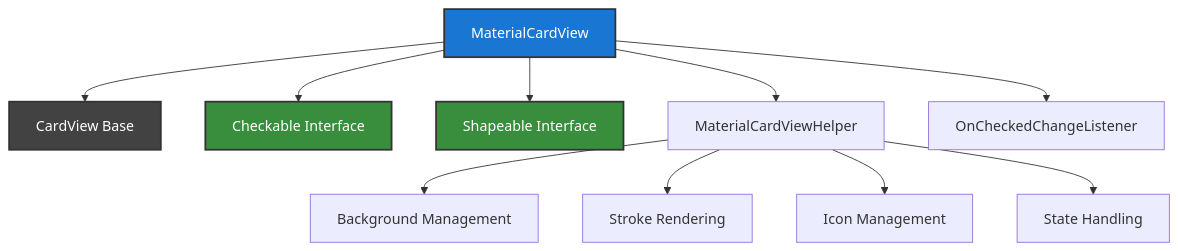
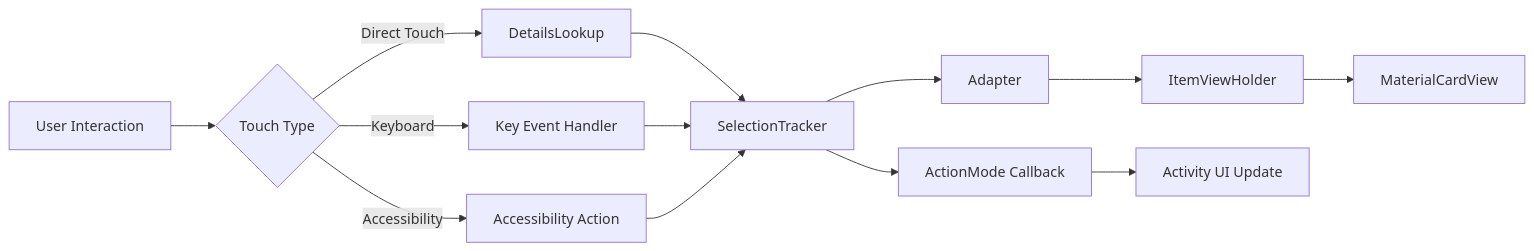
One commit to FSoft-AI4Code/codewiki-demo changed the third of 9 diagrams in docs/material-components--material-components-android-docs/card.md. Above: the diagram before and after it, drawn with Mermaid. The commit also changed other lines of this file and 1103 other files, not shown here.

````diff
--- a/docs/material-components--material-components-android-docs/card.md
+++ b/docs/material-components--material-components-android-docs/card.md
@@ -27,19 +124,18 @@
 ```mermaid
-graph TD
-    A[MaterialCardView] --> B[CardView Base]
-    A --> C[Checkable Interface]
-    A --> D[Shapeable Interface]
-    A --> E[MaterialCardViewHelper]
+graph LR
+    A[User Interaction] --> B{Touch Type}
+    B -->|Direct Touch| C[DetailsLookup]
+    B -->|Keyboard| D[Key Event Handler]
+    B -->|Accessibility| E[Accessibility Action]
     
-    E --> F[Background Management]
-    E --> G[Stroke Rendering]
-    E --> H[Icon Management]
-    E --> I[State Handling]
+    C --> F[SelectionTracker]
+    D --> F
+    E --> F
     
-    A --> J[OnCheckedChangeListener]
+    F --> G[Adapter]
+    G --> H[ItemViewHolder]
+    H --> I[MaterialCardView]
     
-    style A fill:#1976d2,stroke:#333,stroke-width:2px,color:#fff
-    style B fill:#424242,stroke:#333,stroke-width:2px,color:#fff
-    style C fill:#388e3c,stroke:#333,stroke-width:2px,color:#fff
-    style D fill:#388e3c,stroke:#333,stroke-width:2px,color:#fff
+    F --> J[ActionMode Callback]
+    J --> K[Activity UI Update]
 ```
````
